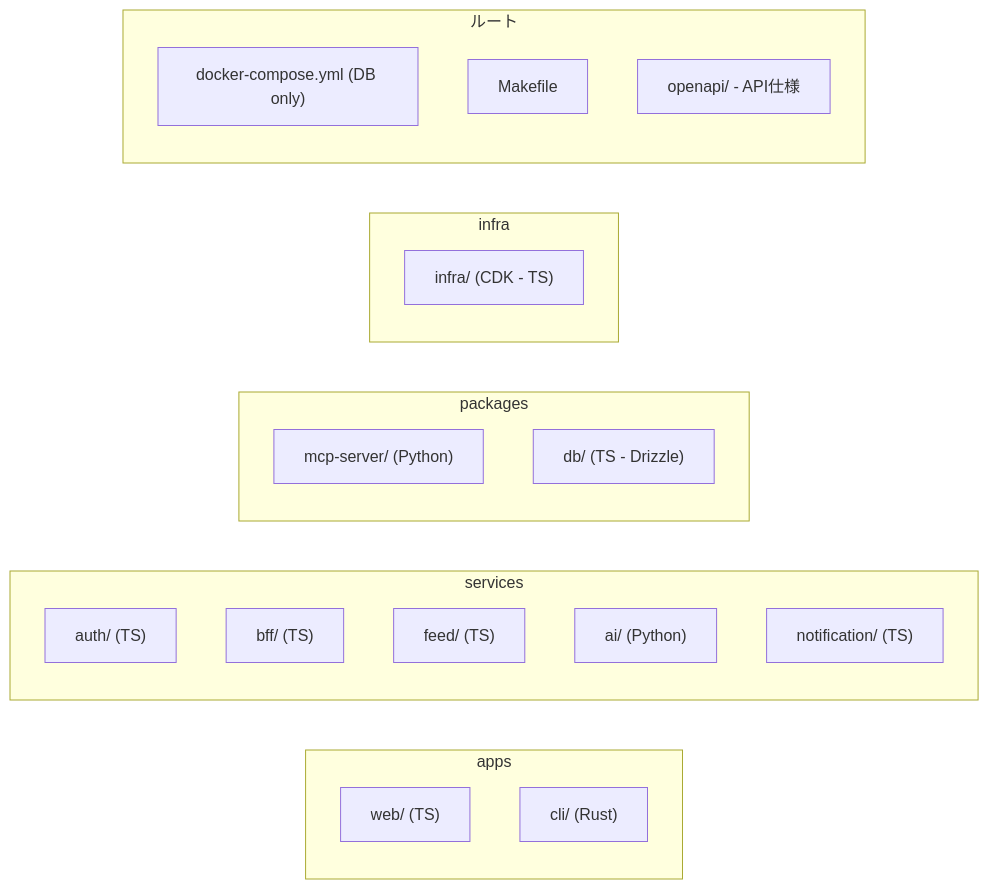
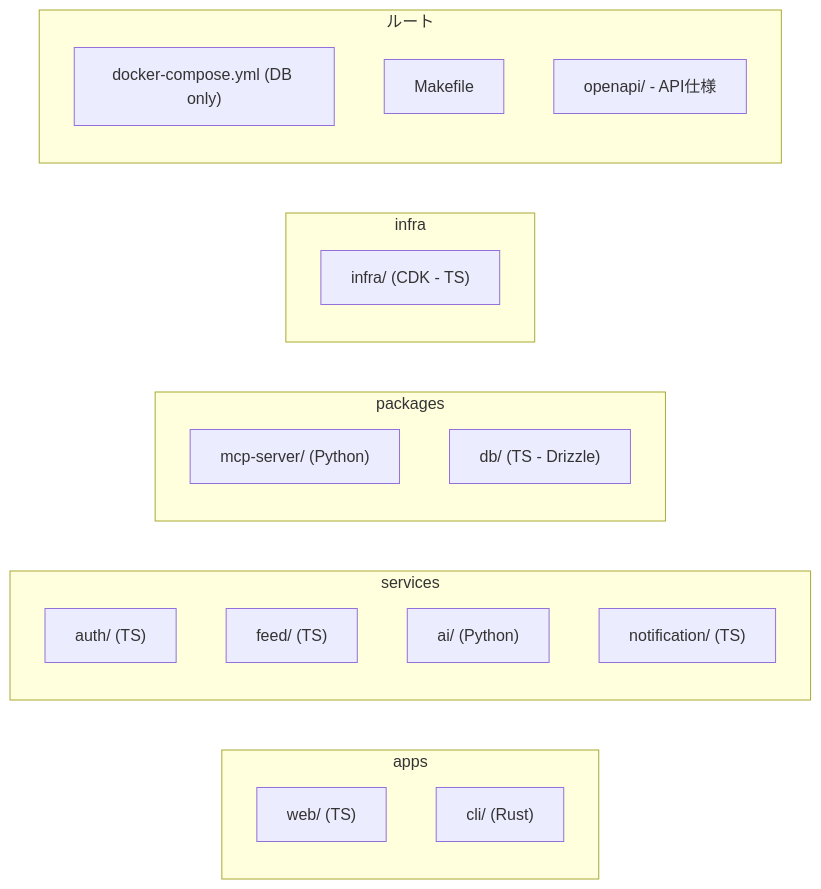
One commit to sori883/bookmark-rss-tyoukan changed the second of 4 diagrams in docs/02.技術設計.md. Above: the diagram before and after it, drawn with Mermaid. The commit also changed other lines of this file and 52 other files, not shown here.

````diff
--- a/docs/02.技術設計.md
+++ b/docs/02.技術設計.md
@@ -167,26 +151,25 @@
 ```mermaid
 graph LR
     subgraph apps
         web["web/ (TS)"]
         cli["cli/ (Rust)"]
     end
     subgraph services
         auth["auth/ (TS)"]
-        bff["bff/ (TS)"]
         feed["feed/ (TS)"]
         ai["ai/ (Python)"]
         notification["notification/ (TS)"]
     end
     subgraph packages
         mcp["mcp-server/ (Python)"]
         db["db/ (TS - Drizzle)"]
     end
     subgraph infra
         cdk["infra/ (CDK - TS)"]
     end
     subgraph root[ルート]
         compose["docker-compose.yml (DB only)"]
         makefile[Makefile]
         openapi["openapi/ - API仕様"]
     end
 ```
````
